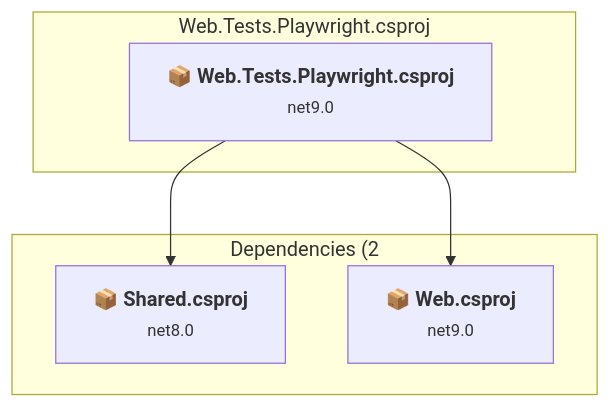
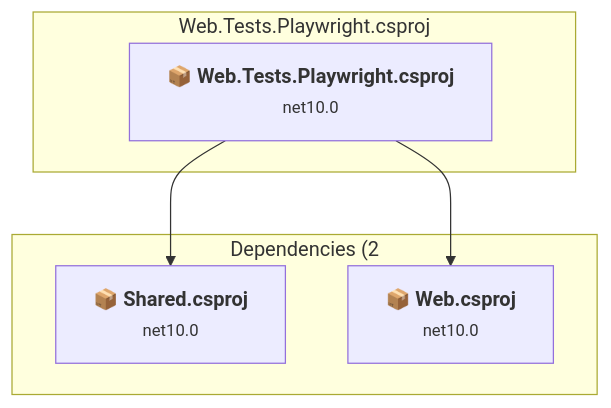
One commit to mpaulosky/ArticlesSite changed the second of 10 diagrams in .github/upgrades/assessment.md. Above: the diagram before and after it, drawn with Mermaid. The commit also changed other lines of this file and 11 other files, not shown here.

````diff
--- a/.github/upgrades/assessment.md
+++ b/.github/upgrades/assessment.md
@@ -88,16 +87,16 @@
 ```mermaid
 flowchart TB
     subgraph current["Web.Tests.Playwright.csproj"]
-        MAIN["<b>📦&nbsp;Web.Tests.Playwright.csproj</b><br/><small>net9.0</small>"]
+        MAIN["<b>📦&nbsp;Web.Tests.Playwright.csproj</b><br/><small>net10.0</small>"]
         click MAIN "#e2ewebtestsplaywrightwebtestsplaywrightcsproj"
     end
     subgraph downstream["Dependencies (2"]
-        P4["<b>📦&nbsp;Shared.csproj</b><br/><small>net8.0</small>"]
-        P5["<b>📦&nbsp;Web.csproj</b><br/><small>net9.0</small>"]
+        P4["<b>📦&nbsp;Shared.csproj</b><br/><small>net10.0</small>"]
+        P5["<b>📦&nbsp;Web.csproj</b><br/><small>net10.0</small>"]
         click P4 "#srcsharedsharedcsproj"
         click P5 "#srcwebwebcsproj"
     end
     MAIN --> P4
     MAIN --> P5
 
 ```
````
